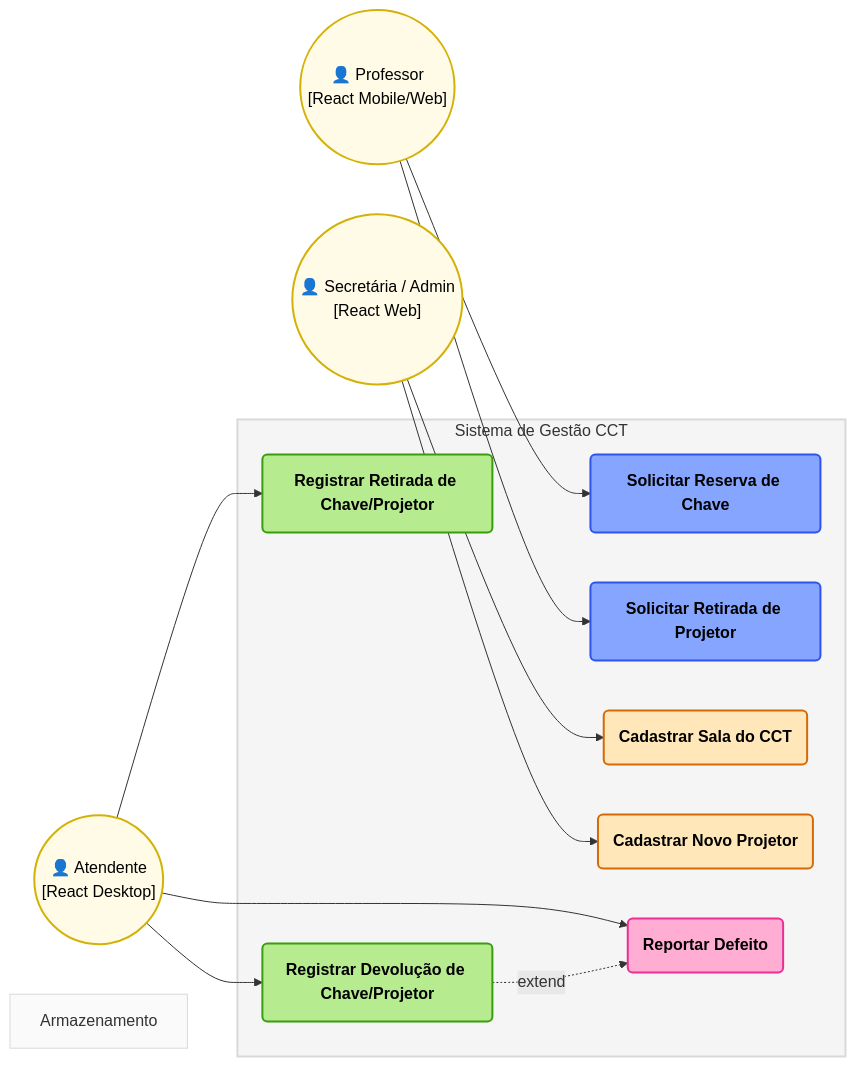
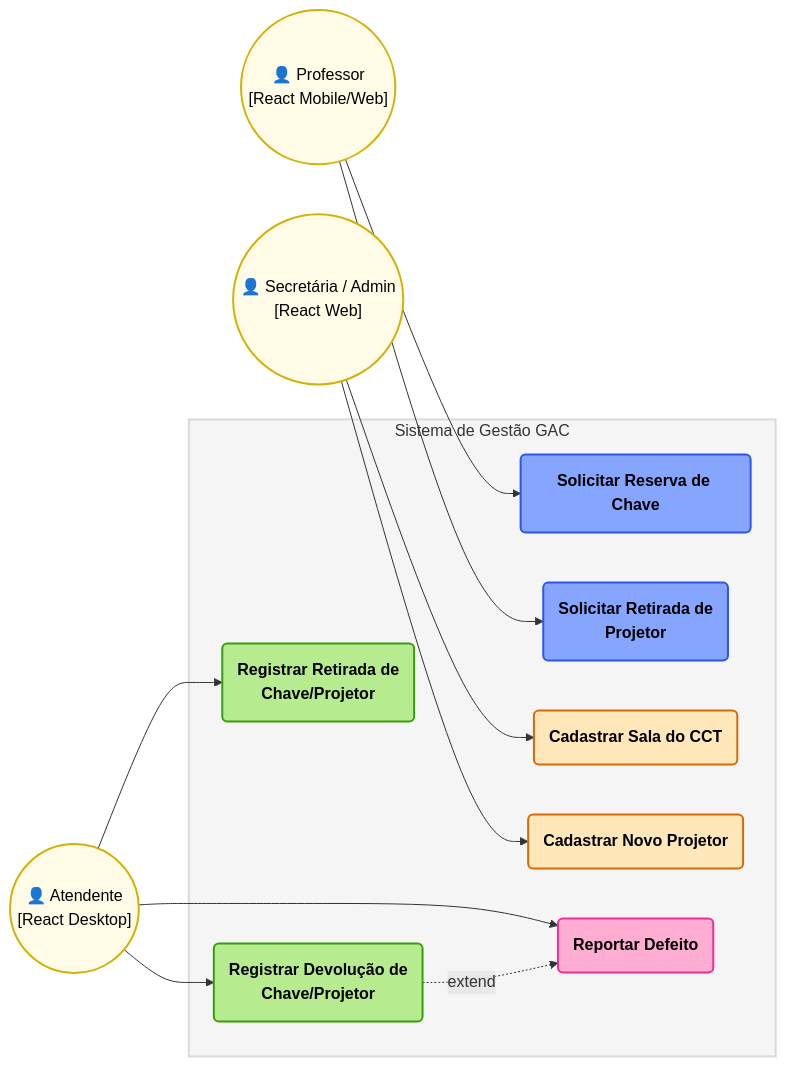
Before and after one commit to manurpss/requisitos-2026-grupo-B: the diagram in README.md, drawn with Mermaid.

Commit message:
alteração parte 2

````diff
--- a/README.md
+++ b/README.md
@@ -24,58 +22,66 @@
 ```mermaid
 graph LR
     %% ----------------------------------------------------
     %% DEFINIÇÃO DOS ATORES
     %% ----------------------------------------------------
     Prof(("👤 Professor <br> [React Mobile/Web]")):::ator
     Atend(("👤 Atendente <br> [React Desktop]")):::ator
     Sec(("👤 Secretária / Admin <br> [React Web]")):::ator
 
     %% ----------------------------------------------------
     %% FRONTEIRA DO SISTEMA (ESCOPO)
     %% ----------------------------------------------------
-    subgraph Box [Sistema de Gestão CCT]
+    subgraph Box [Sistema de Gestão GAC]
         %% Casos de Uso do Professor (Azul)
         UC1("Solicitar Reserva de Chave"):::azul
-        UC2("Solicitar Retirada de Projetor"):::azul
+        UC2("Solicitar Retirada de
+             Projetor"):::azul
         
         %% Casos de Uso da Secretária (Amarelo/Laranja)
         UC6("Cadastrar Sala do CCT"):::laranja
         UC7("Cadastrar Novo Projetor"):::laranja
 
         %% Casos de Uso do Atendente (Verde)
-        UC3("Registrar Retirada de Chave/Projetor"):::verde
-        UC4("Registrar Devolução de Chave/Projetor"):::verde
+        UC3("Registrar Retirada de
+             Chave/Projetor"):::verde
+        UC4("Registrar Devolução de
+            Chave/Projetor"):::verde
         
         %% Caso de Uso de Exceção/Defeito (Rosa/Vermelho)
         UC5("Reportar Defeito"):::rosa
+
+
     end
+
 
     %% ----------------------------------------------------
     %% LIGAÇÕES / RELACIONAMENTOS
     %% ----------------------------------------------------
+
+
     Prof --> UC1
     Prof --> UC2
 
     Sec --> UC6
     Sec --> UC7
 
     Atend --> UC3
     Atend --> UC4
     Atend --> UC5
 
     UC4 -.->|extend| UC5
 
     
     %% ----------------------------------------------------
     %% ESTILIZAÇÃO DE CORES (Estilo do Exemplo)
     %% ----------------------------------------------------
     classDef azul fill:#85a5ff,stroke:#2f54eb,stroke-width:2px,color:#000,font-weight:bold;
     classDef verde fill:#b7eb8f,stroke:#389e0d,stroke-width:2px,color:#000,font-weight:bold;
     classDef rosa fill:#ffadd2,stroke:#eb2f96,stroke-width:2px,color:#000,font-weight:bold;
     classDef laranja fill:#ffe7ba,stroke:#d46b08,stroke-width:2px,color:#000,font-weight:bold;
     classDef bd fill:#ffd6e7,stroke:#ff4d4f,stroke-width:2px,color:#000;
     classDef ator fill:#fffbe6,stroke:#d4b106,stroke-width:2px,color:#000;
 
     style Box fill:#f5f5f5,stroke:#d9d9d9,stroke-width:2px;
-    style Armazenamento fill:#fafafa,stroke:#d9d9d9;
+   
  ```
````
